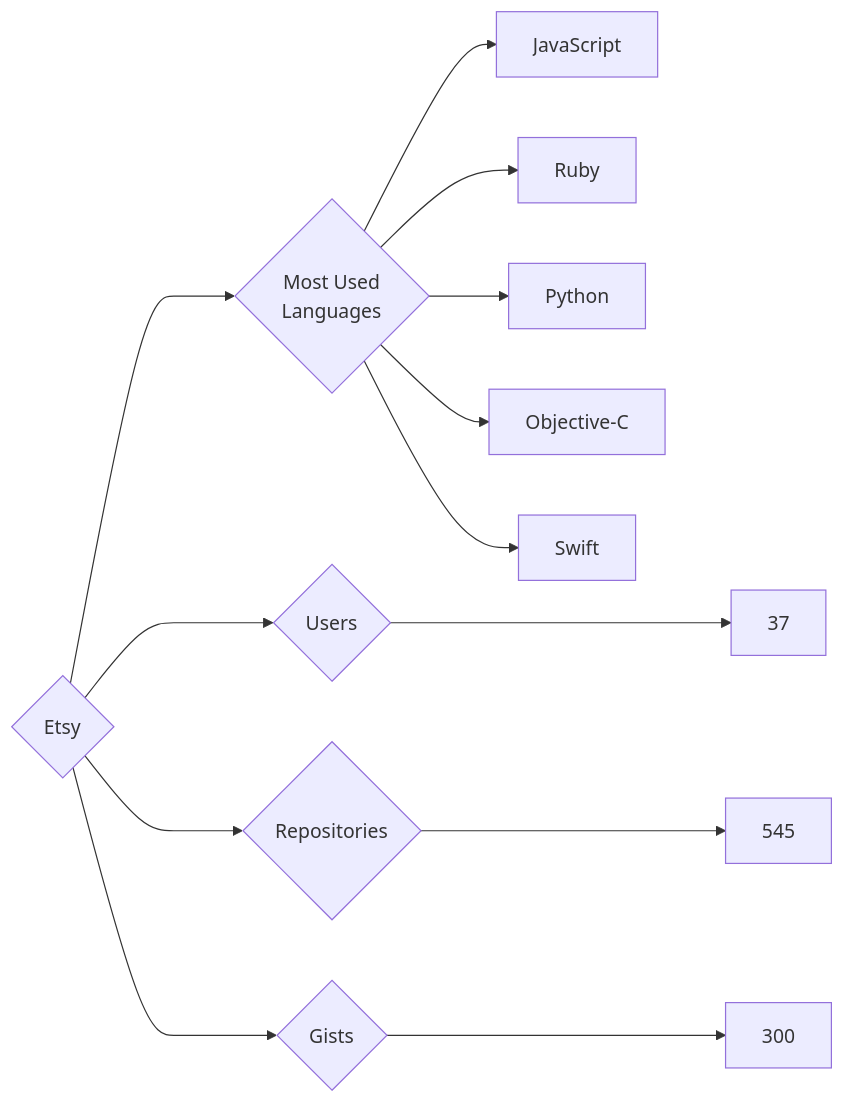
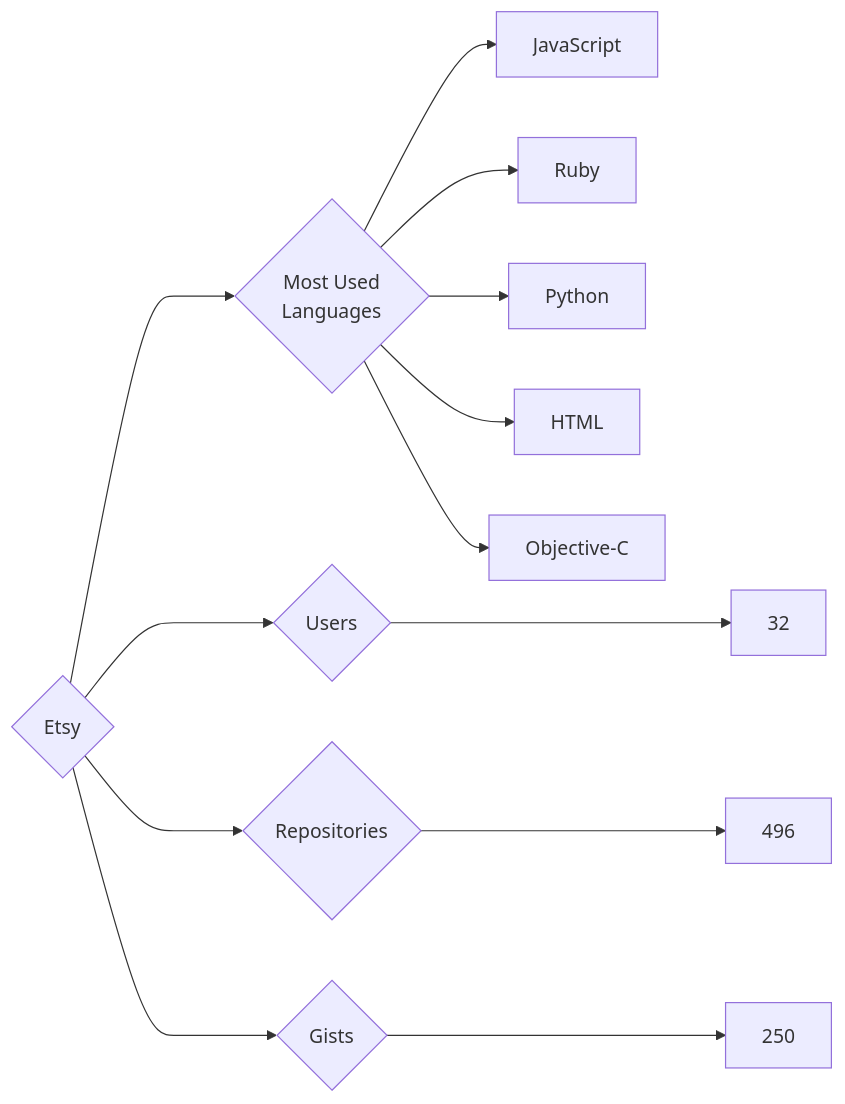
Before and after one commit to trickest/insiders: the diagram in targets/Etsy/README.md, drawn with Mermaid. The commit also changed 718 other files, not shown here.

````diff
--- a/targets/Etsy/README.md
+++ b/targets/Etsy/README.md
@@ -3,13 +3,13 @@
 ```mermaid
 graph LR
 COMPANY_NAME{Etsy}
-COMPANY_NAME ---> U{Users} ---> UN[37]
-COMPANY_NAME ---> R{Repositories} ---> RN[545]
-COMPANY_NAME ---> G{Gists} ---> GN[300]
+COMPANY_NAME ---> U{Users} ---> UN[32]
+COMPANY_NAME ---> R{Repositories} ---> RN[496]
+COMPANY_NAME ---> G{Gists} ---> GN[250]
 COMPANY_NAME ---> ML{Most Used<br>Languages}
 ML --> JavaScript[JavaScript]
 ML --> Ruby[Ruby]
 ML --> Python[Python]
+ML --> HTML[HTML]
 ML --> Objective-C[Objective-C]
-ML --> Swift[Swift]
 ```
````
